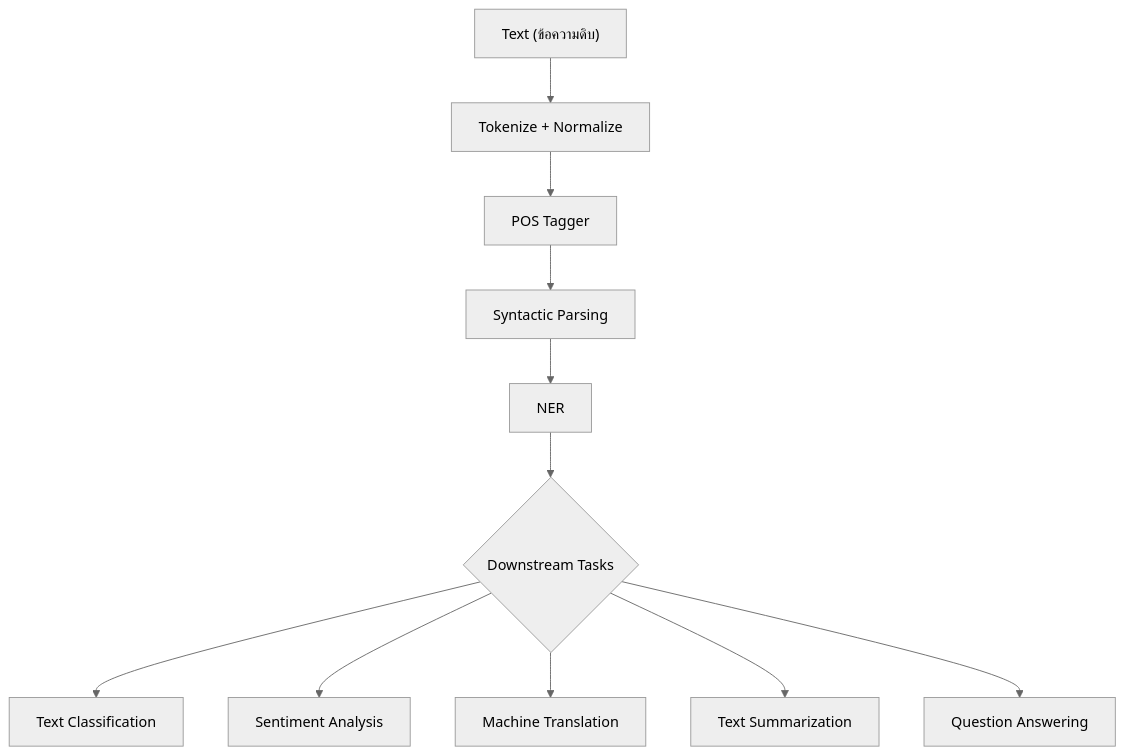
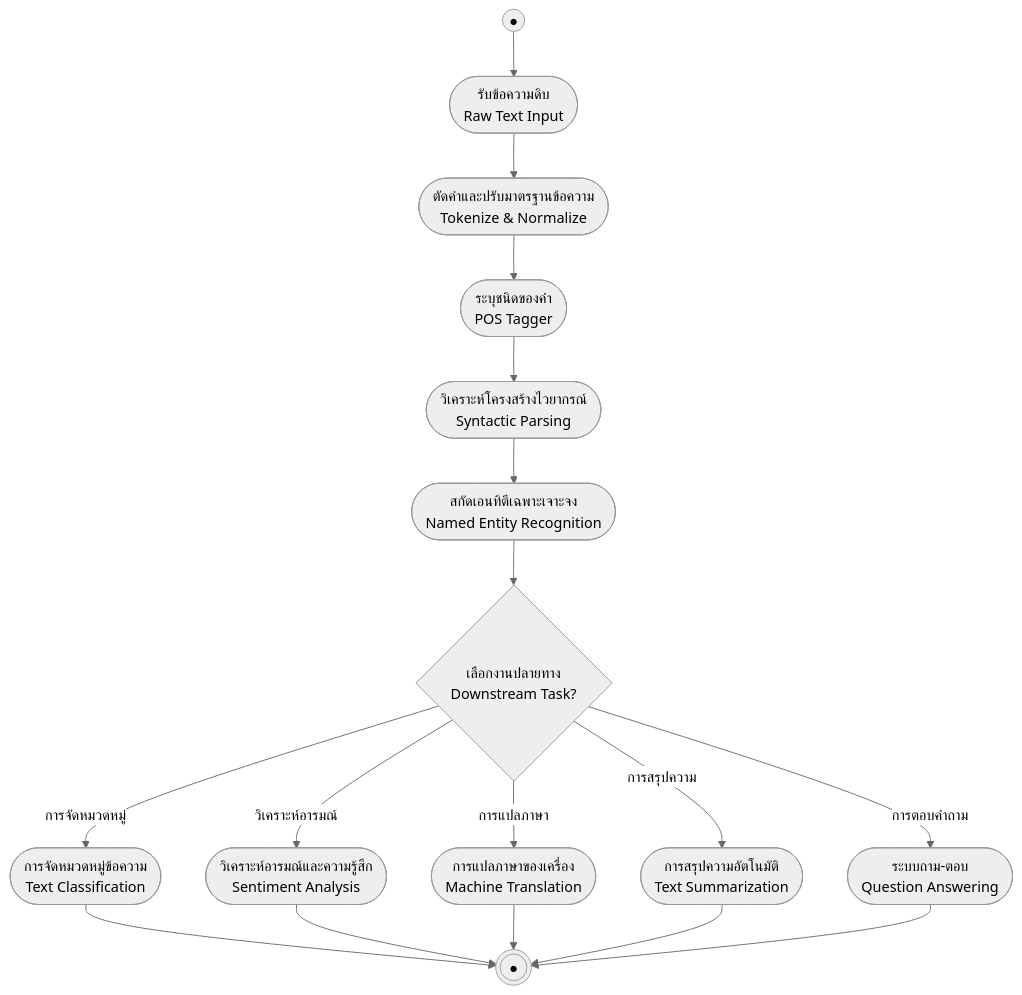
The diagram in 01_Lectures/Week1/Intro-to-NLP.md (PhuriphatTyPeZ3r0/Course-1323404-Natural-Language-Processing-2026), drawn with Mermaid (neutral theme) before and after one commit. The commit also changed 14 other files, not shown here.

Commit message:
refactor: standardize diagrams to UML specifications across notes and templates

````diff
--- a/01_Lectures/Week1/Intro-to-NLP.md
+++ b/01_Lectures/Week1/Intro-to-NLP.md
@@ -84,13 +84,19 @@
 ```mermaid
 flowchart TD
-    Text["Text (ข้อความดิบ)"] --> Tok["Tokenize + Normalize"]
-    Tok --> POS["POS Tagger"]
-    POS --> Parse["Syntactic Parsing"]
-    Parse --> NER["NER"]
-    NER --> Down{"Downstream Tasks"}
-    Down --> Class["Text Classification"]
-    Down --> Sent["Sentiment Analysis"]
-    Down --> MT["Machine Translation"]
-    Down --> Sum["Text Summarization"]
-    Down --> QA["Question Answering"]
+    Start((●)) --> Text([รับข้อความดิบ<br>Raw Text Input])
+    Text --> Tok([ตัดคำและปรับมาตรฐานข้อความ<br>Tokenize & Normalize])
+    Tok --> POS([ระบุชนิดของคำ<br>POS Tagger])
+    POS --> Parse([วิเคราะห์โครงสร้างไวยากรณ์<br>Syntactic Parsing])
+    Parse --> NER([สกัดเอนทิตีเฉพาะเจาะจง<br>Named Entity Recognition])
+    NER --> Down{เลือกงานปลายทาง<br>Downstream Task?}
+    Down -->|การจัดหมวดหมู่| Class([การจัดหมวดหมู่ข้อความ<br>Text Classification])
+    Down -->|วิเคราะห์อารมณ์| Sent([วิเคราะห์อารมณ์และความรู้สึก<br>Sentiment Analysis])
+    Down -->|การแปลภาษา| MT([การแปลภาษาของเครื่อง<br>Machine Translation])
+    Down -->|การสรุปความ| Sum([การสรุปความอัตโนมัติ<br>Text Summarization])
+    Down -->|การตอบคำถาม| QA([ระบบถาม-ตอบ<br>Question Answering])
+    Class --> EndNode(((●)))
+    Sent --> EndNode
+    MT --> EndNode
+    Sum --> EndNode
+    QA --> EndNode
 ```
````
